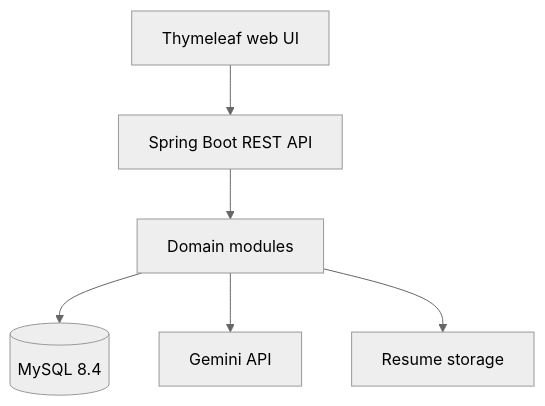
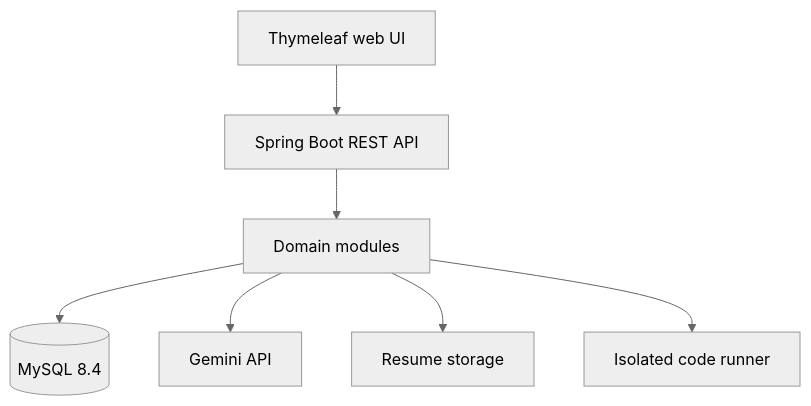
The diagram in docs/architecture.md (Sourav12kumar/AI-Interview-Preparation-Platform), drawn with Mermaid (neutral theme) before and after one commit. The commit also changed other lines of this file and 32 other files, not shown here.

````diff
--- a/docs/architecture.md
+++ b/docs/architecture.md
@@ -18,8 +18,9 @@
 ```mermaid
 flowchart TD
     UI["Thymeleaf web UI"] --> API["Spring Boot REST API"]
     API --> MOD["Domain modules"]
     MOD --> DB[("MySQL 8.4")]
     MOD --> AI["Gemini API"]
     MOD --> FILES["Resume storage"]
+    MOD --> RUNNER["Isolated code runner"]
 ```
````
